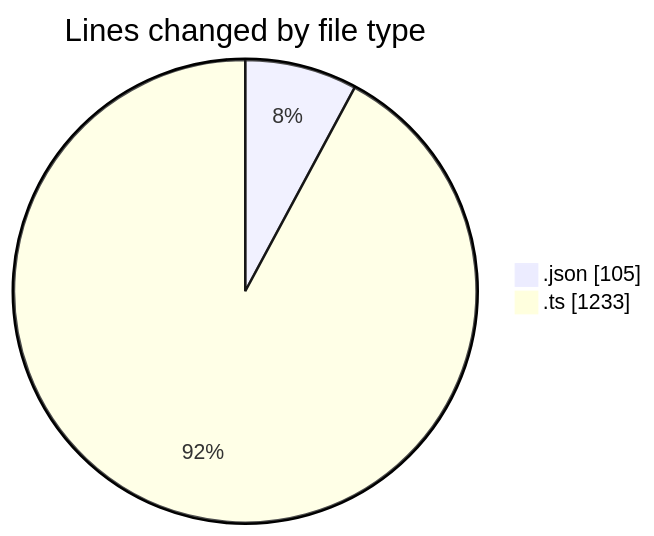
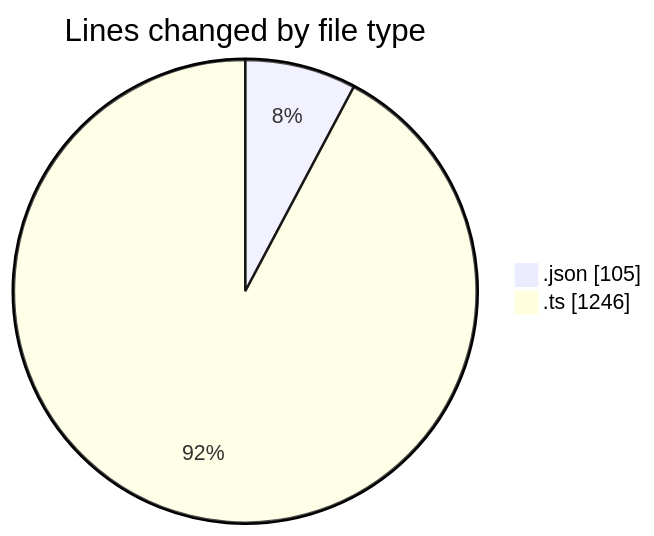
One commit to momahboobian/code-tracking changed the first of 2 diagrams in 2025-06-25/cda/README.md. Above: the diagram before and after it, drawn with Mermaid. The commit also changed other lines of this file and 1 other file, not shown here.

````diff
--- a/2025-06-25/cda/README.md
+++ b/2025-06-25/cda/README.md
@@ -25,6 +25,6 @@
 ```mermaid
 pie showData
 title Lines changed by file type
 ".json" : 105
-".ts" : 1233
+".ts" : 1246
 ```
````
